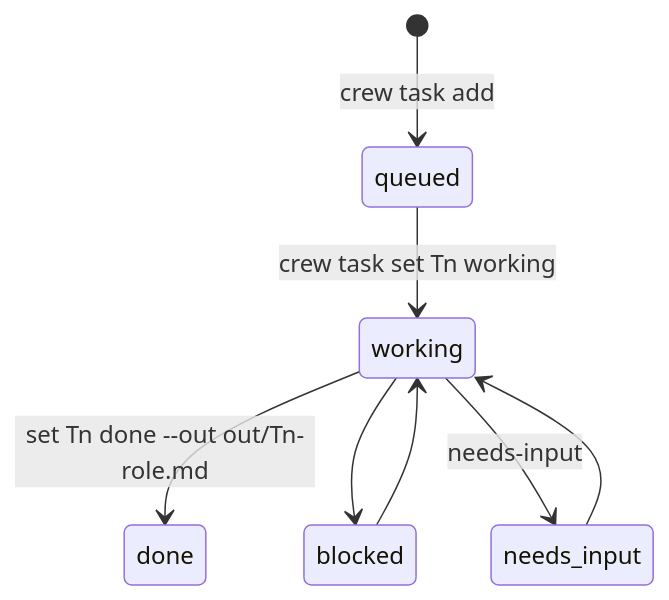
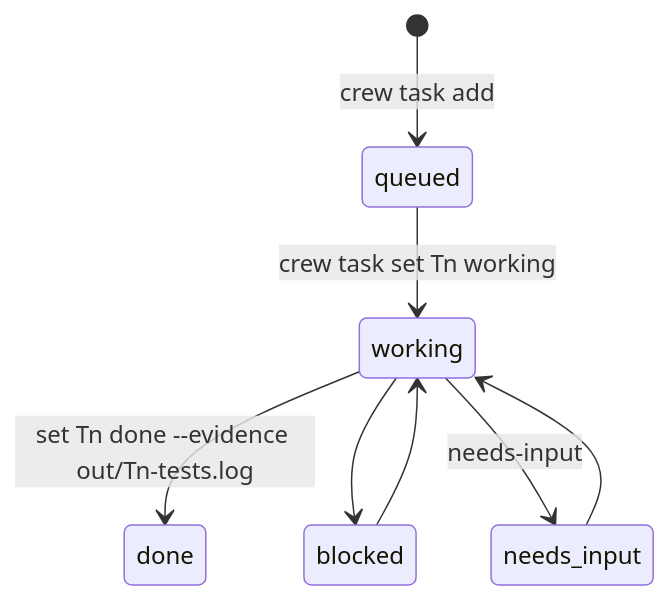
One commit to mifwar/crew changed the diagram in lode/cli/tasks.md. Above: the diagram before and after it, drawn with Mermaid. The commit also changed other lines of this file and 24 other files, not shown here.

First line of the commit message:
crew: rebind, say + sender labels, task --out/--evidence, note, restyle, skill, web send

````diff
--- a/lode/cli/tasks.md
+++ b/lode/cli/tasks.md
@@ -3,10 +3,10 @@
 ```mermaid
 stateDiagram-v2
   [*] --> queued: crew task add
   queued --> working: crew task set Tn working
-  working --> done: set Tn done --out out/Tn-role.md
+  working --> done: set Tn done --evidence out/Tn-tests.log
   working --> blocked
   working --> needs_input: needs-input
   blocked --> working
   needs_input --> working
 ```
````
